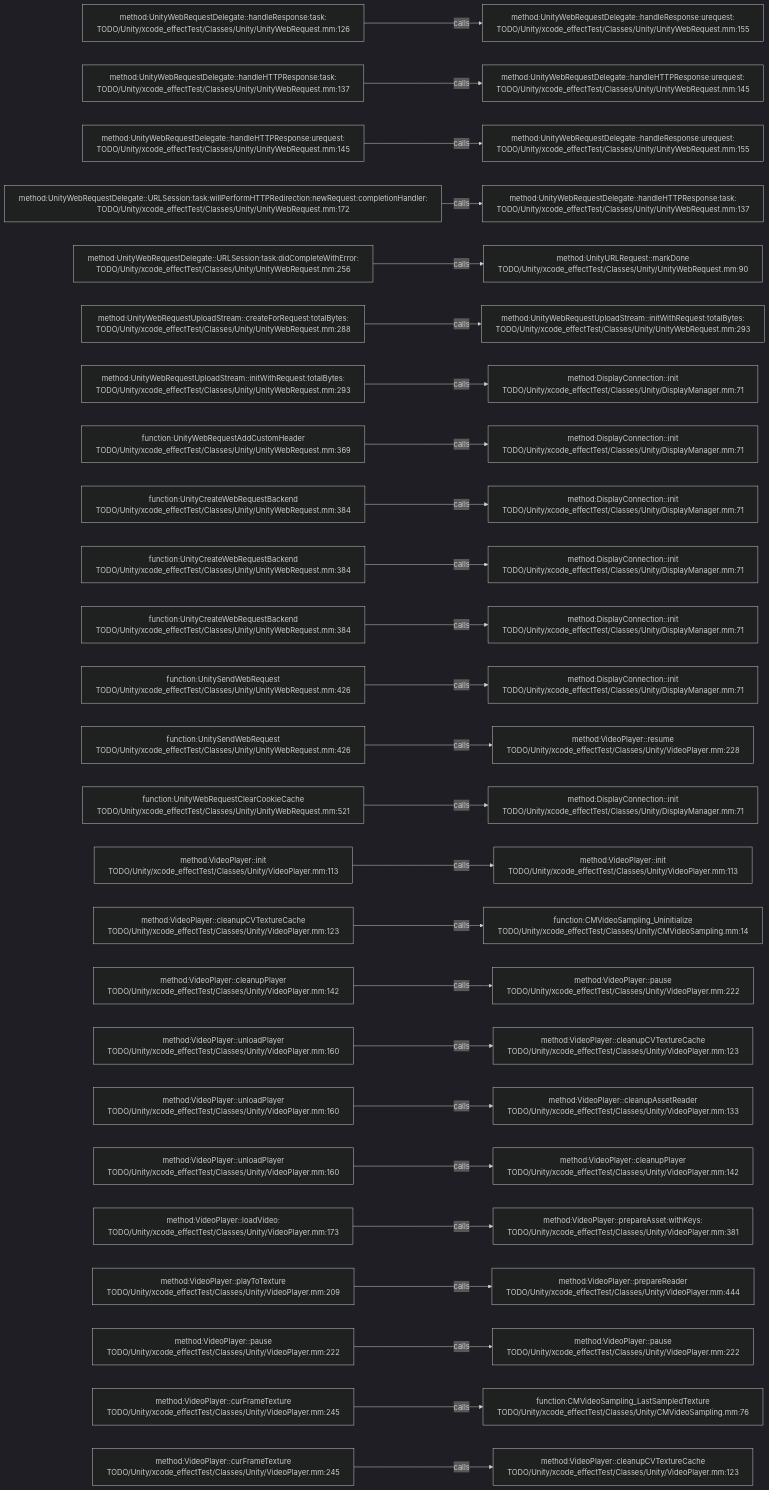
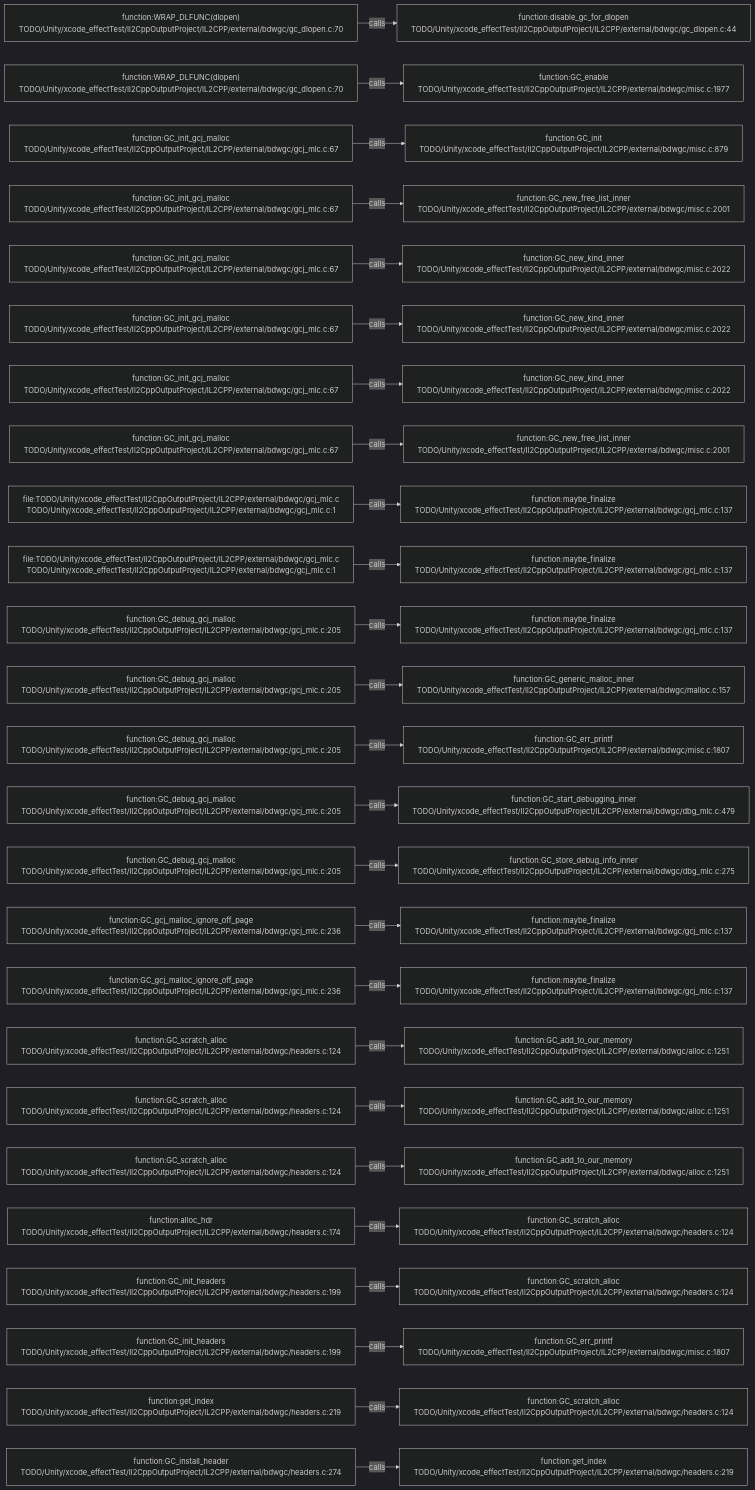
Before and after one commit to JobsKits/JobsSwiftBaseConfigDemo: the diagram in .codegraph/codegraph.md/graphs/calls-112.md, drawn with Mermaid (dark theme). The commit also changed 227 other files, not shown here.

````diff
--- a/.codegraph/codegraph.md/graphs/calls-112.md
+++ b/.codegraph/codegraph.md/graphs/calls-112.md
@@ -13,78 +13,78 @@
 ```mermaid
 flowchart LR
-  S1["method:UnityWebRequestDelegate::handleResponse:task:<br/>TODO/Unity/xcode_effectTest/Classes/Unity/UnityWebRequest.mm:126"]
-  T1["method:UnityWebRequestDelegate::handleResponse:urequest:<br/>TODO/Unity/xcode_effectTest/Classes/Unity/UnityWebRequest.mm:155"]
+  S1["function:WRAP_DLFUNC(dlopen)<br/>TODO/Unity/xcode_effectTest/Il2CppOutputProject/IL2CPP/external/bdwgc/gc_dlopen.c:70"]
+  T1["function:disable_gc_for_dlopen<br/>TODO/Unity/xcode_effectTest/Il2CppOutputProject/IL2CPP/external/bdwgc/gc_dlopen.c:44"]
   S1 -->|calls| T1
-  S2["method:UnityWebRequestDelegate::handleHTTPResponse:task:<br/>TODO/Unity/xcode_effectTest/Classes/Unity/UnityWebRequest.mm:137"]
-  T2["method:UnityWebRequestDelegate::handleHTTPResponse:urequest:<br/>TODO/Unity/xcode_effectTest/Classes/Unity/UnityWebRequest.mm:145"]
+  S2["function:WRAP_DLFUNC(dlopen)<br/>TODO/Unity/xcode_effectTest/Il2CppOutputProject/IL2CPP/external/bdwgc/gc_dlopen.c:70"]
+  T2["function:GC_enable<br/>TODO/Unity/xcode_effectTest/Il2CppOutputProject/IL2CPP/external/bdwgc/misc.c:1977"]
   S2 -->|calls| T2
-  S3["method:UnityWebRequestDelegate::handleHTTPResponse:urequest:<br/>TODO/Unity/xcode_effectTest/Classes/Unity/UnityWebRequest.mm:145"]
-  T3["method:UnityWebRequestDelegate::handleResponse:urequest:<br/>TODO/Unity/xcode_effectTest/Classes/Unity/UnityWebRequest.mm:155"]
+  S3["function:GC_init_gcj_malloc<br/>TODO/Unity/xcode_effectTest/Il2CppOutputProject/IL2CPP/external/bdwgc/gcj_mlc.c:67"]
+  T3["function:GC_init<br/>TODO/Unity/xcode_effectTest/Il2CppOutputProject/IL2CPP/external/bdwgc/misc.c:879"]
   S3 -->|calls| T3
-  S4["method:UnityWebRequestDelegate::URLSession:task:willPerformHTTPRedirection:newRequest:completionHandler:<br/>TODO/Unity/xcode_effectTest/Classes/Unity/UnityWebRequest.mm:172"]
-  T4["method:UnityWebRequestDelegate::handleHTTPResponse:task:<br/>TODO/Unity/xcode_effectTest/Classes/Unity/UnityWebRequest.mm:137"]
+  S4["function:GC_init_gcj_malloc<br/>TODO/Unity/xcode_effectTest/Il2CppOutputProject/IL2CPP/external/bdwgc/gcj_mlc.c:67"]
+  T4["function:GC_new_free_list_inner<br/>TODO/Unity/xcode_effectTest/Il2CppOutputProject/IL2CPP/external/bdwgc/misc.c:2001"]
   S4 -->|calls| T4
-  S5["method:UnityWebRequestDelegate::URLSession:task:didCompleteWithError:<br/>TODO/Unity/xcode_effectTest/Classes/Unity/UnityWebRequest.mm:256"]
-  T5["method:UnityURLRequest::markDone<br/>TODO/Unity/xcode_effectTest/Classes/Unity/UnityWebRequest.mm:90"]
+  S5["function:GC_init_gcj_malloc<br/>TODO/Unity/xcode_effectTest/Il2CppOutputProject/IL2CPP/external/bdwgc/gcj_mlc.c:67"]
+  T5["function:GC_new_kind_inner<br/>TODO/Unity/xcode_effectTest/Il2CppOutputProject/IL2CPP/external/bdwgc/misc.c:2022"]
   S5 -->|calls| T5
-  S6["method:UnityWebRequestUploadStream::createForRequest:totalBytes:<br/>TODO/Unity/xcode_effectTest/Classes/Unity/UnityWebRequest.mm:288"]
-  T6["method:UnityWebRequestUploadStream::initWithRequest:totalBytes:<br/>TODO/Unity/xcode_effectTest/Classes/Unity/UnityWebRequest.mm:293"]
+  S6["function:GC_init_gcj_malloc<br/>TODO/Unity/xcode_effectTest/Il2CppOutputProject/IL2CPP/external/bdwgc/gcj_mlc.c:67"]
+  T6["function:GC_new_kind_inner<br/>TODO/Unity/xcode_effectTest/Il2CppOutputProject/IL2CPP/external/bdwgc/misc.c:2022"]
   S6 -->|calls| T6
-  S7["method:UnityWebRequestUploadStream::initWithRequest:totalBytes:<br/>TODO/Unity/xcode_effectTest/Classes/Unity/UnityWebRequest.mm:293"]
-  T7["method:DisplayConnection::init<br/>TODO/Unity/xcode_effectTest/Classes/Unity/DisplayManager.mm:71"]
+  S7["function:GC_init_gcj_malloc<br/>TODO/Unity/xcode_effectTest/Il2CppOutputProject/IL2CPP/external/bdwgc/gcj_mlc.c:67"]
+  T7["function:GC_new_kind_inner<br/>TODO/Unity/xcode_effectTest/Il2CppOutputProject/IL2CPP/external/bdwgc/misc.c:2022"]
   S7 -->|calls| T7
-  S8["function:UnityWebRequestAddCustomHeader<br/>TODO/Unity/xcode_effectTest/Classes/Unity/UnityWebRequest.mm:369"]
-  T8["method:DisplayConnection::init<br/>TODO/Unity/xcode_effectTest/Classes/Unity/DisplayManager.mm:71"]
+  S8["function:GC_init_gcj_malloc<br/>TODO/Unity/xcode_effectTest/Il2CppOutputProject/IL2CPP/external/bdwgc/gcj_mlc.c:67"]
+  T8["function:GC_new_free_list_inner<br/>TODO/Unity/xcode_effectTest/Il2CppOutputProject/IL2CPP/external/bdwgc/misc.c:2001"]
   S8 -->|calls| T8
-  S9["function:UnityCreateWebRequestBackend<br/>TODO/Unity/xcode_effectTest/Classes/Unity/UnityWebRequest.mm:384"]
-  T9["method:DisplayConnection::init<br/>TODO/Unity/xcode_effectTest/Classes/Unity/DisplayManager.mm:71"]
+  S9["file:TODO/Unity/xcode_effectTest/Il2CppOutputProject/IL2CPP/external/bdwgc/gcj_mlc.c<br/>TODO/Unity/xcode_effectTest/Il2CppOutputProject/IL2CPP/external/bdwgc/gcj_mlc.c:1"]
+  T9["function:maybe_finalize<br/>TODO/Unity/xcode_effectTest/Il2CppOutputProject/IL2CPP/external/bdwgc/gcj_mlc.c:137"]
   S9 -->|calls| T9
-  S10["function:UnityCreateWebRequestBackend<br/>TODO/Unity/xcode_effectTest/Classes/Unity/UnityWebRequest.mm:384"]
-  T10["method:DisplayConnection::init<br/>TODO/Unity/xcode_effectTest/Classes/Unity/DisplayManager.mm:71"]
+  S10["file:TODO/Unity/xcode_effectTest/Il2CppOutputProject/IL2CPP/external/bdwgc/gcj_mlc.c<br/>TODO/Unity/xcode_effectTest/Il2CppOutputProject/IL2CPP/external/bdwgc/gcj_mlc.c:1"]
+  T10["function:maybe_finalize<br/>TODO/Unity/xcode_effectTest/Il2CppOutputProject/IL2CPP/external/bdwgc/gcj_mlc.c:137"]
   S10 -->|calls| T10
-  S11["function:UnityCreateWebRequestBackend<br/>TODO/Unity/xcode_effectTest/Classes/Unity/UnityWebRequest.mm:384"]
-  T11["method:DisplayConnection::init<br/>TODO/Unity/xcode_effectTest/Classes/Unity/DisplayManager.mm:71"]
+  S11["function:GC_debug_gcj_malloc<br/>TODO/Unity/xcode_effectTest/Il2CppOutputProject/IL2CPP/external/bdwgc/gcj_mlc.c:205"]
+  T11["function:maybe_finalize<br/>TODO/Unity/xcode_effectTest/Il2CppOutputProject/IL2CPP/external/bdwgc/gcj_mlc.c:137"]
   S11 -->|calls| T11
-  S12["function:UnitySendWebRequest<br/>TODO/Unity/xcode_effectTest/Classes/Unity/UnityWebRequest.mm:426"]
-  T12["method:DisplayConnection::init<br/>TODO/Unity/xcode_effectTest/Classes/Unity/DisplayManager.mm:71"]
+  S12["function:GC_debug_gcj_malloc<br/>TODO/Unity/xcode_effectTest/Il2CppOutputProject/IL2CPP/external/bdwgc/gcj_mlc.c:205"]
+  T12["function:GC_generic_malloc_inner<br/>TODO/Unity/xcode_effectTest/Il2CppOutputProject/IL2CPP/external/bdwgc/malloc.c:157"]
   S12 -->|calls| T12
-  S13["function:UnitySendWebRequest<br/>TODO/Unity/xcode_effectTest/Classes/Unity/UnityWebRequest.mm:426"]
-  T13["method:VideoPlayer::resume<br/>TODO/Unity/xcode_effectTest/Classes/Unity/VideoPlayer.mm:228"]
+  S13["function:GC_debug_gcj_malloc<br/>TODO/Unity/xcode_effectTest/Il2CppOutputProject/IL2CPP/external/bdwgc/gcj_mlc.c:205"]
+  T13["function:GC_err_printf<br/>TODO/Unity/xcode_effectTest/Il2CppOutputProject/IL2CPP/external/bdwgc/misc.c:1807"]
   S13 -->|calls| T13
-  S14["function:UnityWebRequestClearCookieCache<br/>TODO/Unity/xcode_effectTest/Classes/Unity/UnityWebRequest.mm:521"]
-  T14["method:DisplayConnection::init<br/>TODO/Unity/xcode_effectTest/Classes/Unity/DisplayManager.mm:71"]
+  S14["function:GC_debug_gcj_malloc<br/>TODO/Unity/xcode_effectTest/Il2CppOutputProject/IL2CPP/external/bdwgc/gcj_mlc.c:205"]
+  T14["function:GC_start_debugging_inner<br/>TODO/Unity/xcode_effectTest/Il2CppOutputProject/IL2CPP/external/bdwgc/dbg_mlc.c:479"]
   S14 -->|calls| T14
-  S15["method:VideoPlayer::init<br/>TODO/Unity/xcode_effectTest/Classes/Unity/VideoPlayer.mm:113"]
-  T15["method:VideoPlayer::init<br/>TODO/Unity/xcode_effectTest/Classes/Unity/VideoPlayer.mm:113"]
+  S15["function:GC_debug_gcj_malloc<br/>TODO/Unity/xcode_effectTest/Il2CppOutputProject/IL2CPP/external/bdwgc/gcj_mlc.c:205"]
+  T15["function:GC_store_debug_info_inner<br/>TODO/Unity/xcode_effectTest/Il2CppOutputProject/IL2CPP/external/bdwgc/dbg_mlc.c:275"]
   S15 -->|calls| T15
-  S16["method:VideoPlayer::cleanupCVTextureCache<br/>TODO/Unity/xcode_effectTest/Classes/Unity/VideoPlayer.mm:123"]
-  T16["function:CMVideoSampling_Uninitialize<br/>TODO/Unity/xcode_effectTest/Classes/Unity/CMVideoSampling.mm:14"]
+  S16["function:GC_gcj_malloc_ignore_off_page<br/>TODO/Unity/xcode_effectTest/Il2CppOutputProject/IL2CPP/external/bdwgc/gcj_mlc.c:236"]
+  T16["function:maybe_finalize<br/>TODO/Unity/xcode_effectTest/Il2CppOutputProject/IL2CPP/external/bdwgc/gcj_mlc.c:137"]
   S16 -->|calls| T16
-  S17["method:VideoPlayer::cleanupPlayer<br/>TODO/Unity/xcode_effectTest/Classes/Unity/VideoPlayer.mm:142"]
-  T17["method:VideoPlayer::pause<br/>TODO/Unity/xcode_effectTest/Classes/Unity/VideoPlayer.mm:222"]
+  S17["function:GC_gcj_malloc_ignore_off_page<br/>TODO/Unity/xcode_effectTest/Il2CppOutputProject/IL2CPP/external/bdwgc/gcj_mlc.c:236"]
+  T17["function:maybe_finalize<br/>TODO/Unity/xcode_effectTest/Il2CppOutputProject/IL2CPP/external/bdwgc/gcj_mlc.c:137"]
   S17 -->|calls| T17
-  S18["method:VideoPlayer::unloadPlayer<br/>TODO/Unity/xcode_effectTest/Classes/Unity/VideoPlayer.mm:160"]
-  T18["method:VideoPlayer::cleanupCVTextureCache<br/>TODO/Unity/xcode_effectTest/Classes/Unity/VideoPlayer.mm:123"]
+  S18["function:GC_scratch_alloc<br/>TODO/Unity/xcode_effectTest/Il2CppOutputProject/IL2CPP/external/bdwgc/headers.c:124"]
+  T18["function:GC_add_to_our_memory<br/>TODO/Unity/xcode_effectTest/Il2CppOutputProject/IL2CPP/external/bdwgc/alloc.c:1251"]
   S18 -->|calls| T18
-  S19["method:VideoPlayer::unloadPlayer<br/>TODO/Unity/xcode_effectTest/Classes/Unity/VideoPlayer.mm:160"]
-  T19["method:VideoPlayer::cleanupAssetReader<br/>TODO/Unity/xcode_effectTest/Classes/Unity/VideoPlayer.mm:133"]
+  S19["function:GC_scratch_alloc<br/>TODO/Unity/xcode_effectTest/Il2CppOutputProject/IL2CPP/external/bdwgc/headers.c:124"]
+  T19["function:GC_add_to_our_memory<br/>TODO/Unity/xcode_effectTest/Il2CppOutputProject/IL2CPP/external/bdwgc/alloc.c:1251"]
   S19 -->|calls| T19
-  S20["method:VideoPlayer::unloadPlayer<br/>TODO/Unity/xcode_effectTest/Classes/Unity/VideoPlayer.mm:160"]
-  T20["method:VideoPlayer::cleanupPlayer<br/>TODO/Unity/xcode_effectTest/Classes/Unity/VideoPlayer.mm:142"]
+  S20["function:GC_scratch_alloc<br/>TODO/Unity/xcode_effectTest/Il2CppOutputProject/IL2CPP/external/bdwgc/headers.c:124"]
+  T20["function:GC_add_to_our_memory<br/>TODO/Unity/xcode_effectTest/Il2CppOutputProject/IL2CPP/external/bdwgc/alloc.c:1251"]
   S20 -->|calls| T20
-  S21["method:VideoPlayer::loadVideo:<br/>TODO/Unity/xcode_effectTest/Classes/Unity/VideoPlayer.mm:173"]
-  T21["method:VideoPlayer::prepareAsset:withKeys:<br/>TODO/Unity/xcode_effectTest/Classes/Unity/VideoPlayer.mm:381"]
+  S21["function:alloc_hdr<br/>TODO/Unity/xcode_effectTest/Il2CppOutputProject/IL2CPP/external/bdwgc/headers.c:174"]
+  T21["function:GC_scratch_alloc<br/>TODO/Unity/xcode_effectTest/Il2CppOutputProject/IL2CPP/external/bdwgc/headers.c:124"]
   S21 -->|calls| T21
-  S22["method:VideoPlayer::playToTexture<br/>TODO/Unity/xcode_effectTest/Classes/Unity/VideoPlayer.mm:209"]
-  T22["method:VideoPlayer::prepareReader<br/>TODO/Unity/xcode_effectTest/Classes/Unity/VideoPlayer.mm:444"]
+  S22["function:GC_init_headers<br/>TODO/Unity/xcode_effectTest/Il2CppOutputProject/IL2CPP/external/bdwgc/headers.c:199"]
+  T22["function:GC_scratch_alloc<br/>TODO/Unity/xcode_effectTest/Il2CppOutputProject/IL2CPP/external/bdwgc/headers.c:124"]
   S22 -->|calls| T22
-  S23["method:VideoPlayer::pause<br/>TODO/Unity/xcode_effectTest/Classes/Unity/VideoPlayer.mm:222"]
-  T23["method:VideoPlayer::pause<br/>TODO/Unity/xcode_effectTest/Classes/Unity/VideoPlayer.mm:222"]
+  S23["function:GC_init_headers<br/>TODO/Unity/xcode_effectTest/Il2CppOutputProject/IL2CPP/external/bdwgc/headers.c:199"]
+  T23["function:GC_err_printf<br/>TODO/Unity/xcode_effectTest/Il2CppOutputProject/IL2CPP/external/bdwgc/misc.c:1807"]
   S23 -->|calls| T23
-  S24["method:VideoPlayer::curFrameTexture<br/>TODO/Unity/xcode_effectTest/Classes/Unity/VideoPlayer.mm:245"]
-  T24["function:CMVideoSampling_LastSampledTexture<br/>TODO/Unity/xcode_effectTest/Classes/Unity/CMVideoSampling.mm:76"]
+  S24["function:get_index<br/>TODO/Unity/xcode_effectTest/Il2CppOutputProject/IL2CPP/external/bdwgc/headers.c:219"]
+  T24["function:GC_scratch_alloc<br/>TODO/Unity/xcode_effectTest/Il2CppOutputProject/IL2CPP/external/bdwgc/headers.c:124"]
   S24 -->|calls| T24
-  S25["method:VideoPlayer::curFrameTexture<br/>TODO/Unity/xcode_effectTest/Classes/Unity/VideoPlayer.mm:245"]
-  T25["method:VideoPlayer::cleanupCVTextureCache<br/>TODO/Unity/xcode_effectTest/Classes/Unity/VideoPlayer.mm:123"]
+  S25["function:GC_install_header<br/>TODO/Unity/xcode_effectTest/Il2CppOutputProject/IL2CPP/external/bdwgc/headers.c:274"]
+  T25["function:get_index<br/>TODO/Unity/xcode_effectTest/Il2CppOutputProject/IL2CPP/external/bdwgc/headers.c:219"]
   S25 -->|calls| T25
 ```
````
